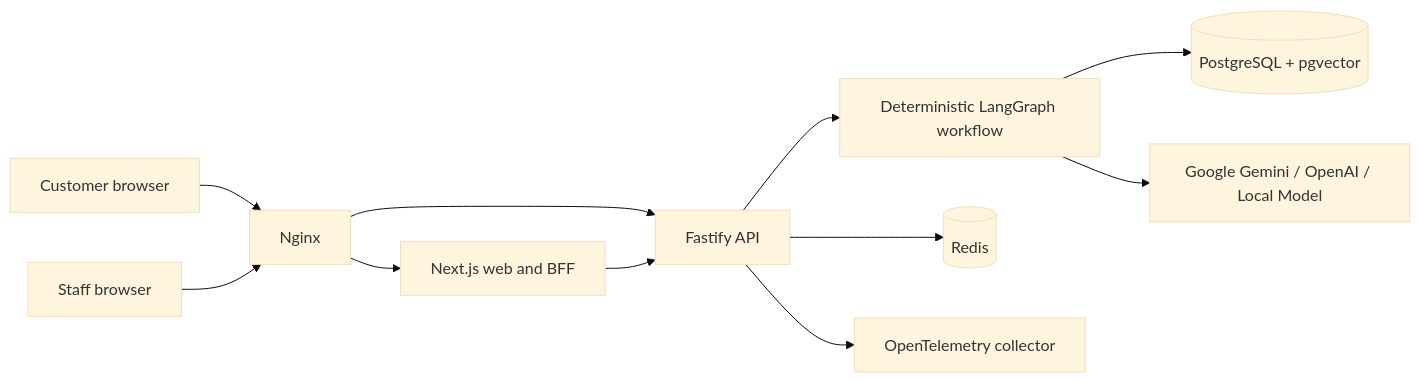
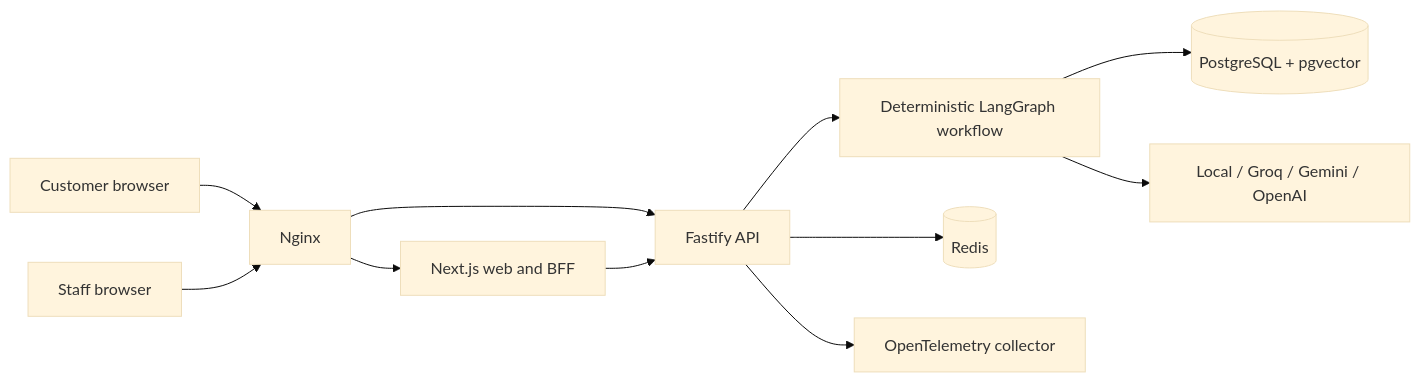
The first of 3 diagrams in README.md (kingggg5/pilotai), drawn with Mermaid (base theme) before and after one commit. The commit also changed other lines of this file and 20 other files, not shown here.

Commit message:
feat: harden live chat and simulated payment flow

````diff
--- a/README.md
+++ b/README.md
@@ -49,13 +57,13 @@
 ```mermaid
 flowchart LR
     C["Customer browser"] --> N["Nginx"]
     S["Staff browser"] --> N
     N --> W["Next.js web and BFF"]
     N --> A["Fastify API"]
     W --> A
     A --> G["Deterministic LangGraph workflow"]
     G --> P[("PostgreSQL + pgvector")]
     A --> R[("Redis")]
-    G --> M["Google Gemini / OpenAI / Local Model"]
+    G --> M["Local / Groq / Gemini / OpenAI"]
     A --> T["OpenTelemetry collector"]
 ```
````
